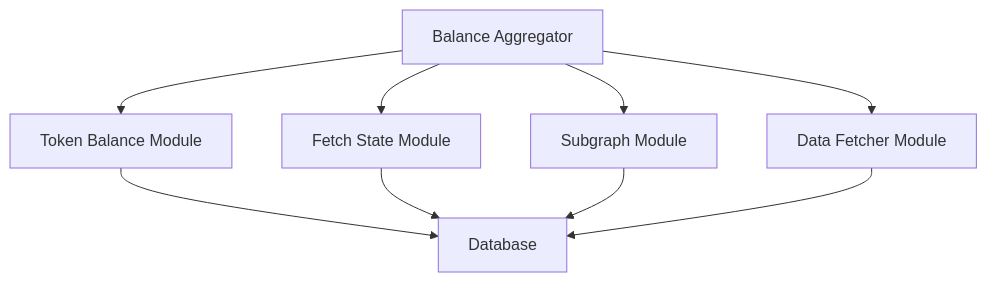
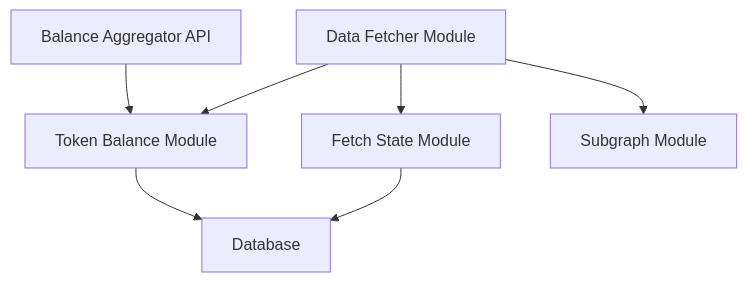
One commit to Giveth/giveconomy-balance-aggregator changed the diagram in README.md. Above: the diagram before and after it, drawn with Mermaid. The commit also changed other lines of this file, not shown here.

Commit message:
Enhance README with detailed project description, environment variable setup, and troubleshooting tips. Update system diagram and installation instructions for clarity.

````diff
--- a/README.md
+++ b/README.md
@@ -22,11 +27,14 @@
 ```mermaid
 graph TD
-    A[Balance Aggregator] --> B[Token Balance Module]
-    A --> C[Fetch State Module]
-    A --> D[Subgraph Module]
-    A --> E[Data Fetcher Module]
-    B --> F[Database]
+    A[Balance Aggregator API] --> B[Token Balance Module]
+    C[Fetch State Module]
+    D[Subgraph Module]
+    E[Data Fetcher Module]
+    F[Database]
+    B --> F
     C --> F
-    D --> F
-    E --> F
+    E --> C
+    E --> D
+    E --> B
+
 ```
````
